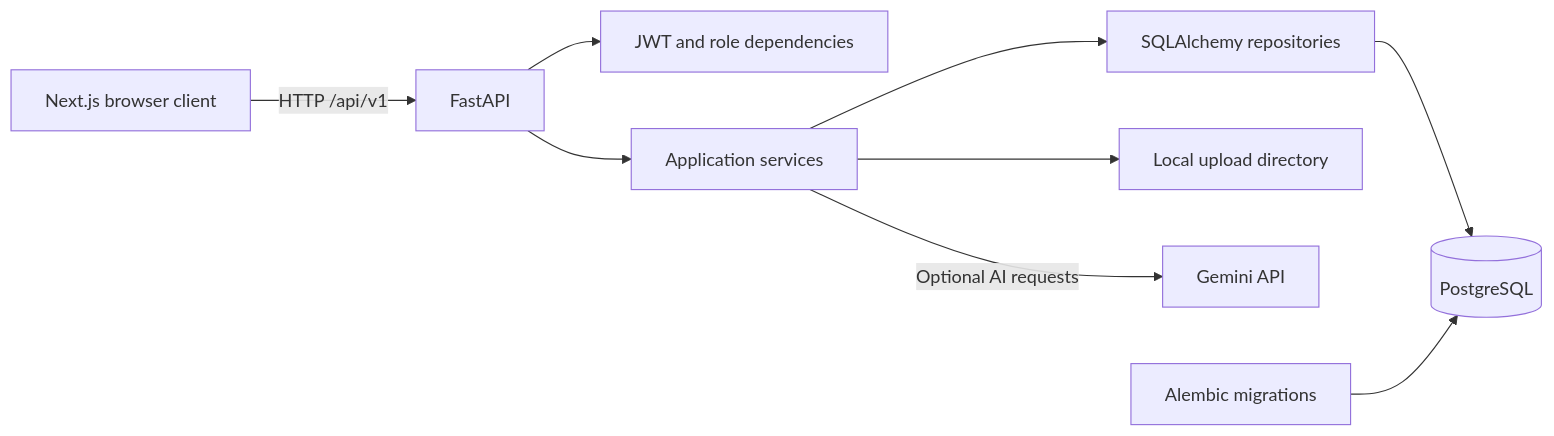
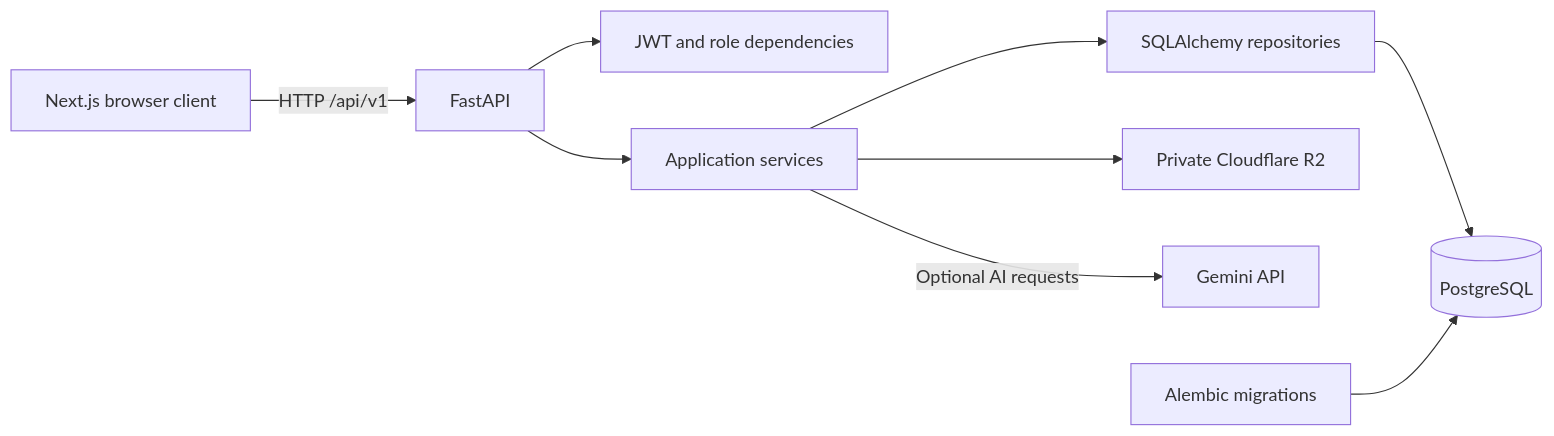
Before and after one commit to Ayush9679/ai-lms: the diagram in README.md, drawn with Mermaid. The commit also changed other lines of this file and 29 other files, not shown here.

````diff
--- a/README.md
+++ b/README.md
@@ -30,11 +30,11 @@
 ```mermaid
 flowchart LR
   Browser[Next.js browser client] -->|HTTP /api/v1| API[FastAPI]
   API --> Auth[JWT and role dependencies]
   API --> Services[Application services]
   Services --> Repos[SQLAlchemy repositories]
   Repos --> DB[(PostgreSQL)]
-  Services --> Files[Local upload directory]
+  Services --> Files[Private Cloudflare R2]
   Services -->|Optional AI requests| Gemini[Gemini API]
   Migrations[Alembic migrations] --> DB
 ```
````
